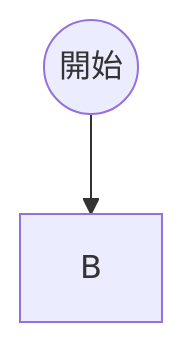
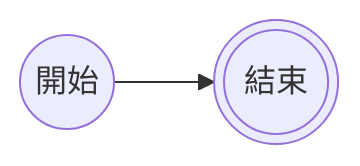
One commit to kuku0508/kuku_note_ver_2 changed the first of 2 diagrams in 知識/程式語言/Mermaid/語法/流程圖/連結目錄/箭頭連結.md. Above: the diagram before and after it, drawn with Mermaid. The commit also changed other lines of this file and 1 other file, not shown here.

````diff
--- a/知識/程式語言/Mermaid/語法/流程圖/連結目錄/箭頭連結.md
+++ b/知識/程式語言/Mermaid/語法/流程圖/連結目錄/箭頭連結.md
@@ -2,6 +2,6 @@
 ```Mermaid
-flowchart TD
+flowchart LR
 A@{shape: circle, label: "開始"}
-B@{shape: }
+B@{shape: dbl-circ, label: "結束"}
 A --> B
 ```
````
